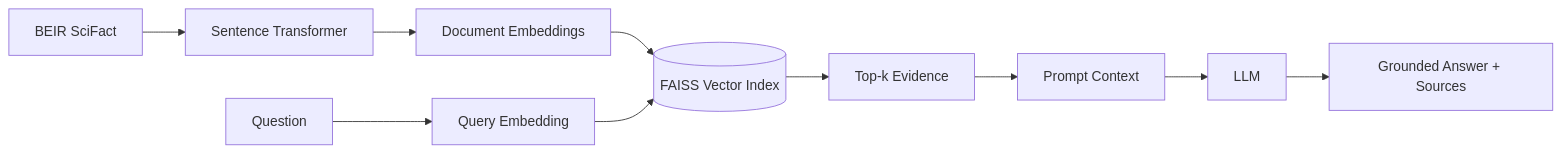
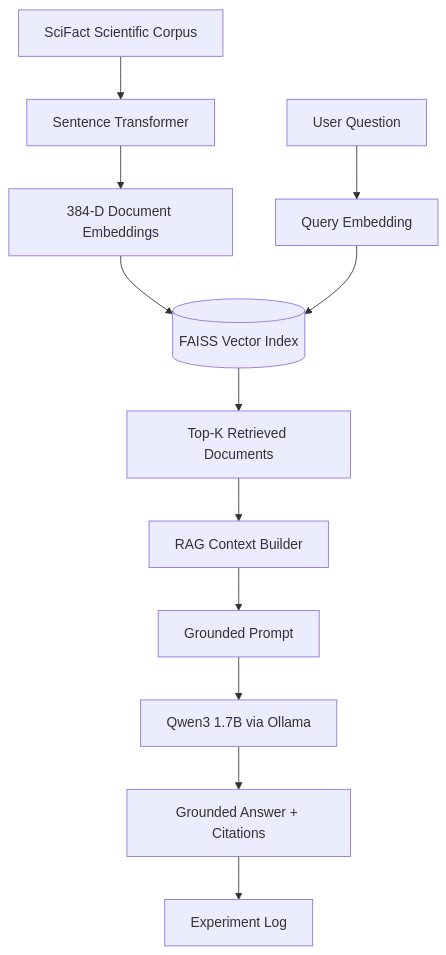
Before and after one commit to BigDataAISystems/scalable-rag-spark: the diagram in README.md, drawn with Mermaid. The commit also changed other lines of this file, not shown here.

````diff
--- a/README.md
+++ b/README.md
@@ -29,12 +41,16 @@
 ```mermaid
-flowchart LR
-    A[BEIR SciFact] --> B[Sentence Transformer]
-    B --> C[Document Embeddings]
+flowchart TD
+    A[SciFact Scientific Corpus] --> B[Sentence Transformer]
+    B --> C[384-D Document Embeddings]
     C --> D[(FAISS Vector Index)]
-    Q[Question] --> E[Query Embedding]
+
+    Q[User Question] --> E[Query Embedding]
     E --> D
-    D --> F[Top-k Evidence]
-    F --> G[Prompt Context]
-    G --> H[LLM]
-    H --> I[Grounded Answer + Sources]
+
+    D --> F[Top-K Retrieved Documents]
+    F --> G[RAG Context Builder]
+    G --> H[Grounded Prompt]
+    H --> I[Qwen3 1.7B via Ollama]
+    I --> J[Grounded Answer + Citations]
+    J --> K[Experiment Log]
 ```
````
